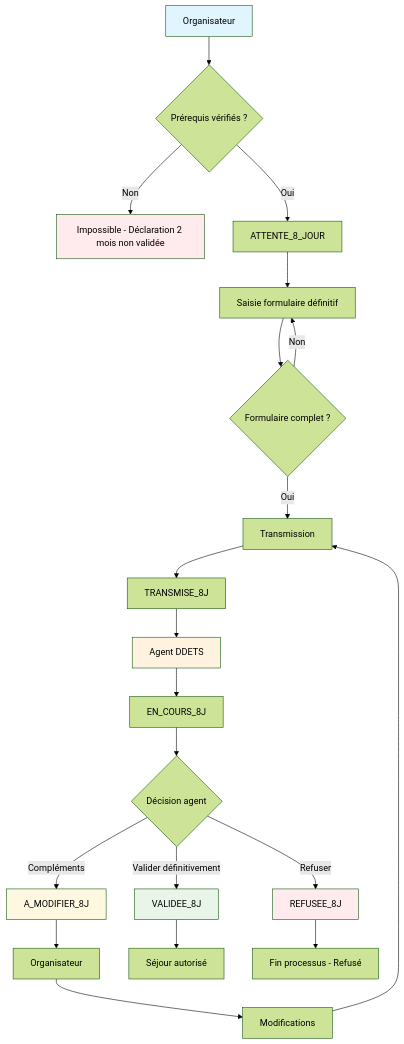
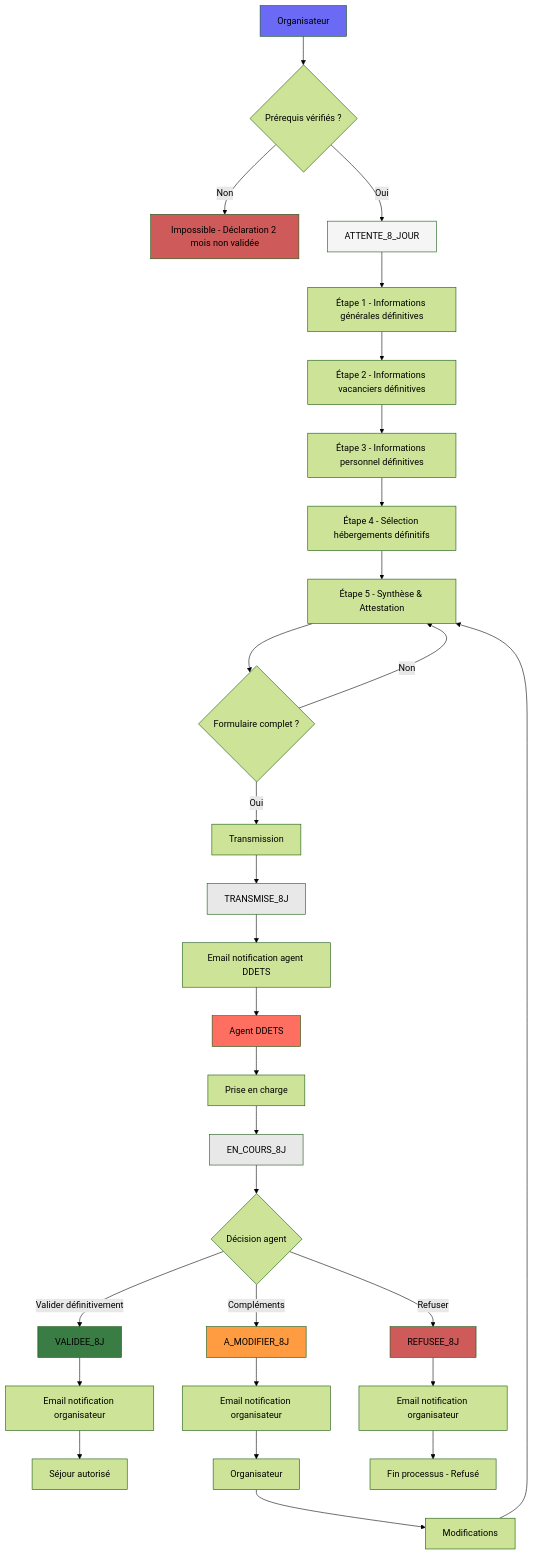
One commit to SocialGouv/vao changed the diagram in doc_produit/front-ova/declaration-de-sejour/declaration-a-8-jours/README.md. Above: the diagram before and after it, drawn with Mermaid (forest theme). The commit also changed 3 other files, not shown here.

````diff
--- a/doc_produit/front-ova/declaration-de-sejour/declaration-a-8-jours/README.md
+++ b/doc_produit/front-ova/declaration-de-sejour/declaration-a-8-jours/README.md
@@ -34,29 +34,49 @@
 ```mermaid
 flowchart TD
     A[Organisateur] --> B{Prérequis vérifiés ?}
     B -->|Non| C[Impossible - Déclaration 2 mois non validée]
     B -->|Oui| D[ATTENTE_8_JOUR]
-    D --> E[Saisie formulaire définitif]
-    E --> F{Formulaire complet ?}
-    F -->|Non| E
-    F -->|Oui| G[Transmission]
-    G --> H[TRANSMISE_8J]
-    H --> I[Agent DDETS]
-    I --> J[EN_COURS_8J]
-    J --> K{Décision agent}
-    K -->|Valider définitivement| L[VALIDEE_8J]
-    K -->|Compléments| M[A_MODIFIER_8J]
-    K -->|Refuser| N[REFUSEE_8J]
-    M --> O[Organisateur]
-    O --> P[Modifications]
-    P --> G
-    L --> Q[Séjour autorisé]
-    N --> R[Fin processus - Refusé]
     
-    style A fill:#e1f5fe
-    style I fill:#fff3e0
-    style L fill:#e8f5e8
-    style N fill:#ffebee
-    style M fill:#fff8e1
-    style C fill:#ffebee
+    D --> E[Étape 1 - Informations générales définitives]
+    E --> F[Étape 2 - Informations vacanciers définitives]
+    F --> G[Étape 3 - Informations personnel définitives]
+    G --> H[Étape 4 - Sélection hébergements définitifs]
+    H --> I[Étape 5 - Synthèse & Attestation]
+    
+    I --> J{Formulaire complet ?}
+    J -->|Non| I
+    J -->|Oui| K[Transmission]
+    K --> L[TRANSMISE_8J]
+    
+    L --> M[Email notification agent DDETS]
+    M --> N[Agent DDETS]
+    
+    N --> O[Prise en charge]
+    O --> P[EN_COURS_8J]
+    
+    P --> Q{Décision agent}
+    
+    Q -->|Valider définitivement| R[VALIDEE_8J]
+    R --> S[Email notification organisateur]
+    S --> T[Séjour autorisé]
+    
+    Q -->|Compléments| U[A_MODIFIER_8J]
+    U --> V[Email notification organisateur]
+    V --> W[Organisateur]
+    W --> X[Modifications]
+    X --> I
+    
+    Q -->|Refuser| Y[REFUSEE_8J]
+    Y --> Z[Email notification organisateur]
+    Z --> AA[Fin processus - Refusé]
+    
+    style A fill:#6a6af4
+    style N fill:#ff6f61
+    style R fill:#3a7d44
+    style U fill:#ff9c41
+    style Y fill:#ce5a5a
+    style C fill:#ce5a5a
+    style L fill:#e8e8e8
+    style P fill:#e8e8e8
+    style D fill:#f5f5f5
 ```
````
